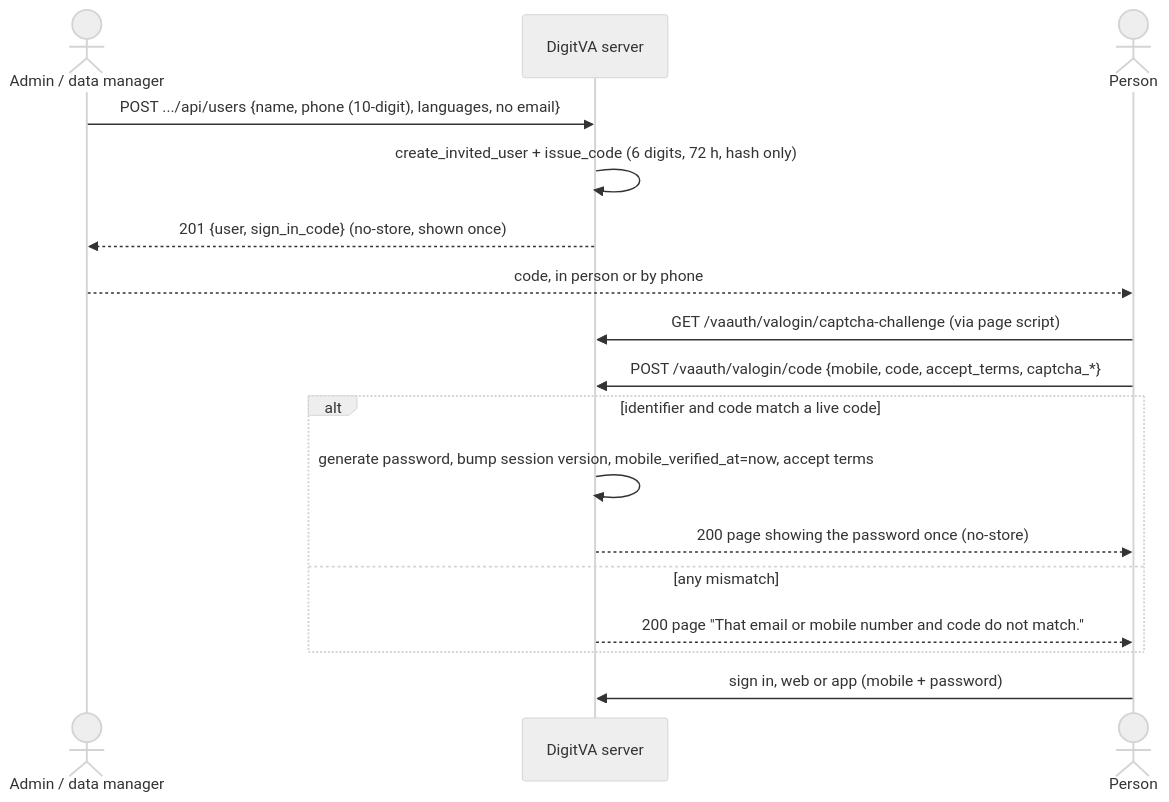
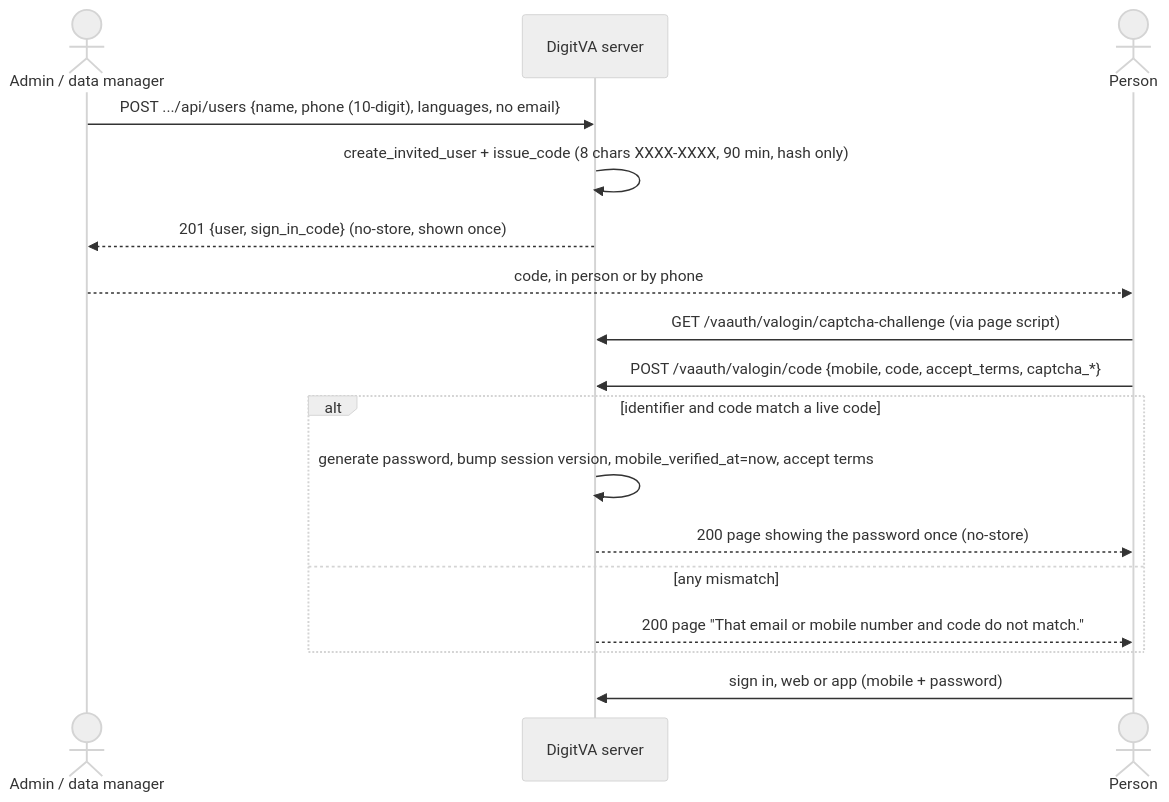
Before and after one commit to drguptavivek/DigitVA: the second of 4 diagrams in docs/current-state/authentication-and-onboarding.md, drawn with Mermaid (neutral theme). The commit also changed other lines of this file and 13 other files, not shown here.

````diff
--- a/docs/current-state/authentication-and-onboarding.md
+++ b/docs/current-state/authentication-and-onboarding.md
@@ -170,19 +170,19 @@
 ```mermaid
 sequenceDiagram
     actor Creator as Admin / data manager
     participant S as DigitVA server
     actor P as Person
     Creator->>S: POST .../api/users {name, phone (10-digit), languages, no email}
-    S->>S: create_invited_user + issue_code (6 digits, 72 h, hash only)
+    S->>S: create_invited_user + issue_code (8 chars XXXX-XXXX, 90 min, hash only)
     S-->>Creator: 201 {user, sign_in_code} (no-store, shown once)
     Creator-->>P: code, in person or by phone
     P->>S: GET /vaauth/valogin/captcha-challenge (via page script)
     P->>S: POST /vaauth/valogin/code {mobile, code, accept_terms, captcha_*}
     alt identifier and code match a live code
         S->>S: generate password, bump session version, mobile_verified_at=now, accept terms
         S-->>P: 200 page showing the password once (no-store)
     else any mismatch
         S-->>P: 200 page "That email or mobile number and code do not match."
     end
     P->>S: sign in, web or app (mobile + password)
 ```
````
